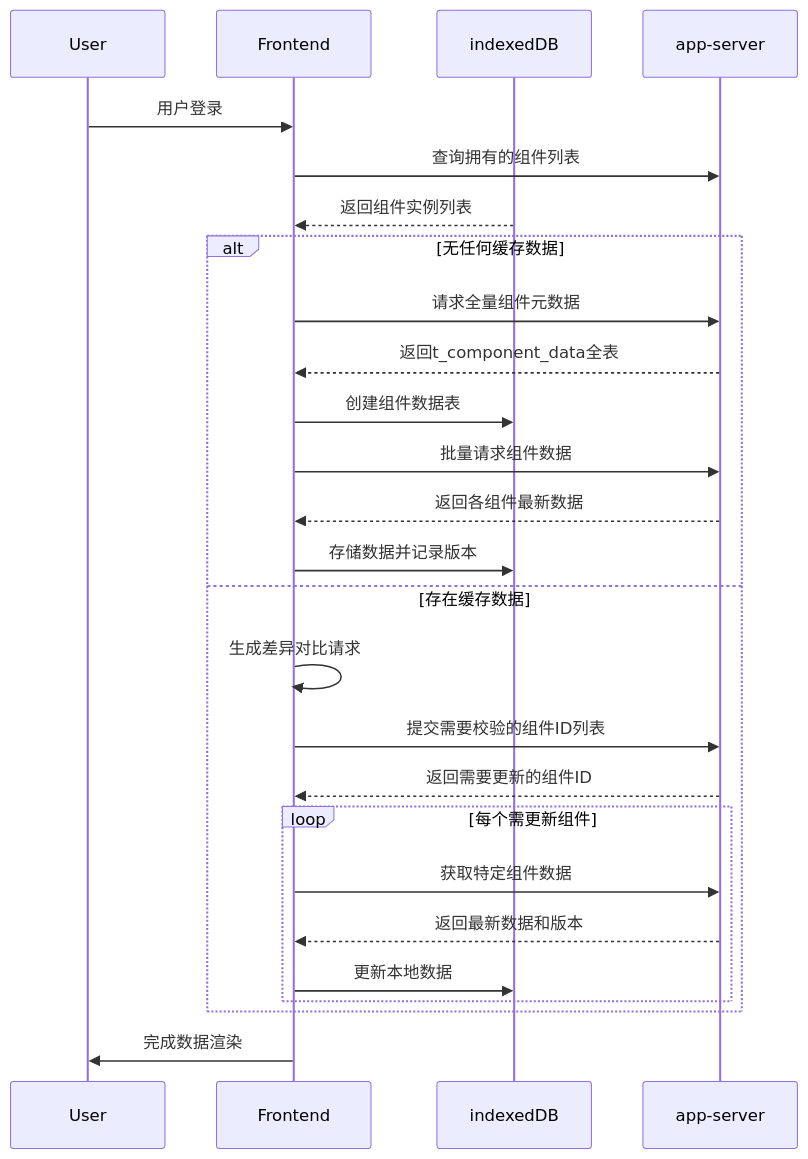
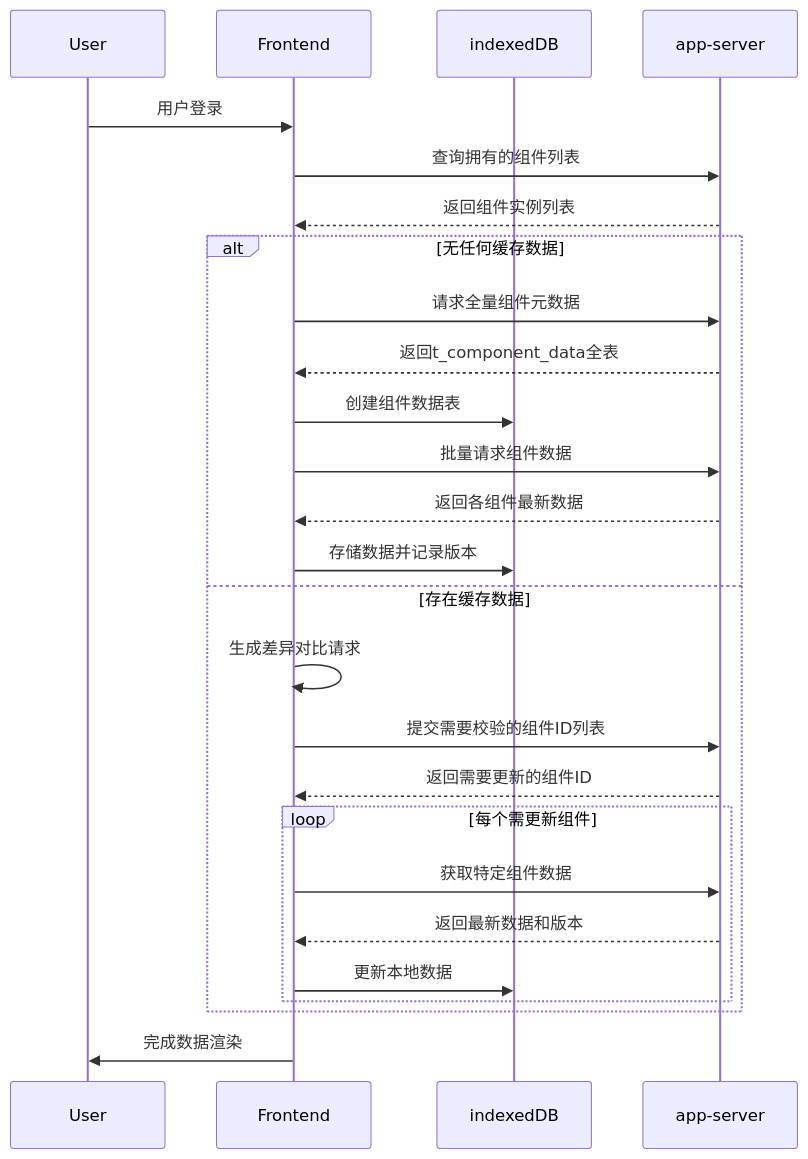
The diagram in all/未命名-24.md (yingjianzh/iodraw-files), drawn with Mermaid before and after one commit.

Commit message:
2025-02-24 17:06:55 update

````diff
--- a/all/未命名-24.md
+++ b/all/未命名-24.md
@@ -1,30 +1,30 @@
 ```mermaid
 sequenceDiagram
     participant User
     participant Frontend
     participant indexedDB
     participant app-server
 
     User->>Frontend: 用户登录
     Frontend->>app-server: 查询拥有的组件列表
-    indexedDB-->>Frontend: 返回组件实例列表
+    app-server-->>Frontend: 返回组件实例列表
     
     alt 无任何缓存数据
         Frontend->>app-server: 请求全量组件元数据
         app-server-->>Frontend: 返回t_component_data全表
         Frontend->>indexedDB: 创建组件数据表
         Frontend->>app-server: 批量请求组件数据
         app-server-->>Frontend: 返回各组件最新数据
         Frontend->>indexedDB: 存储数据并记录版本
     else 存在缓存数据
         Frontend->>Frontend: 生成差异对比请求
         Frontend->>app-server: 提交需要校验的组件ID列表
         app-server-->>Frontend: 返回需要更新的组件ID
         loop 每个需更新组件
             Frontend->>app-server: 获取特定组件数据
             app-server-->>Frontend: 返回最新数据和版本
             Frontend->>indexedDB: 更新本地数据
         end
     end
     Frontend->>User: 完成数据渲染
 ```
````
